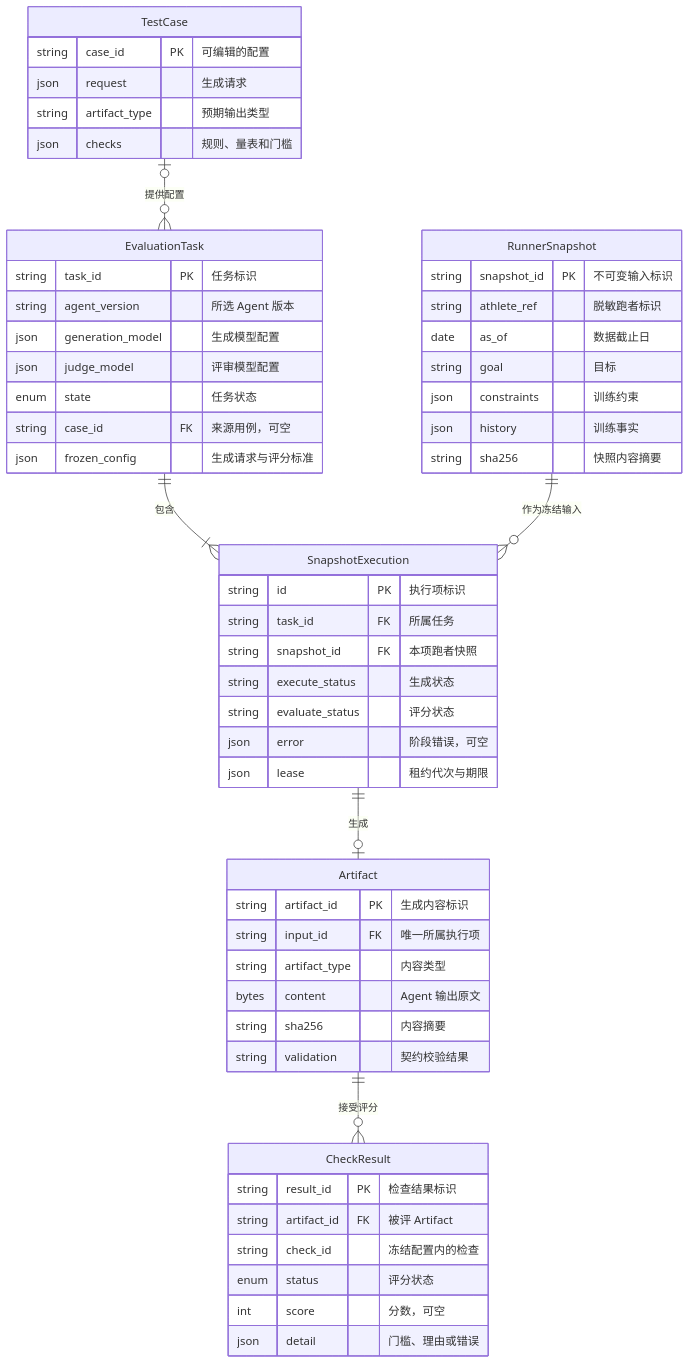
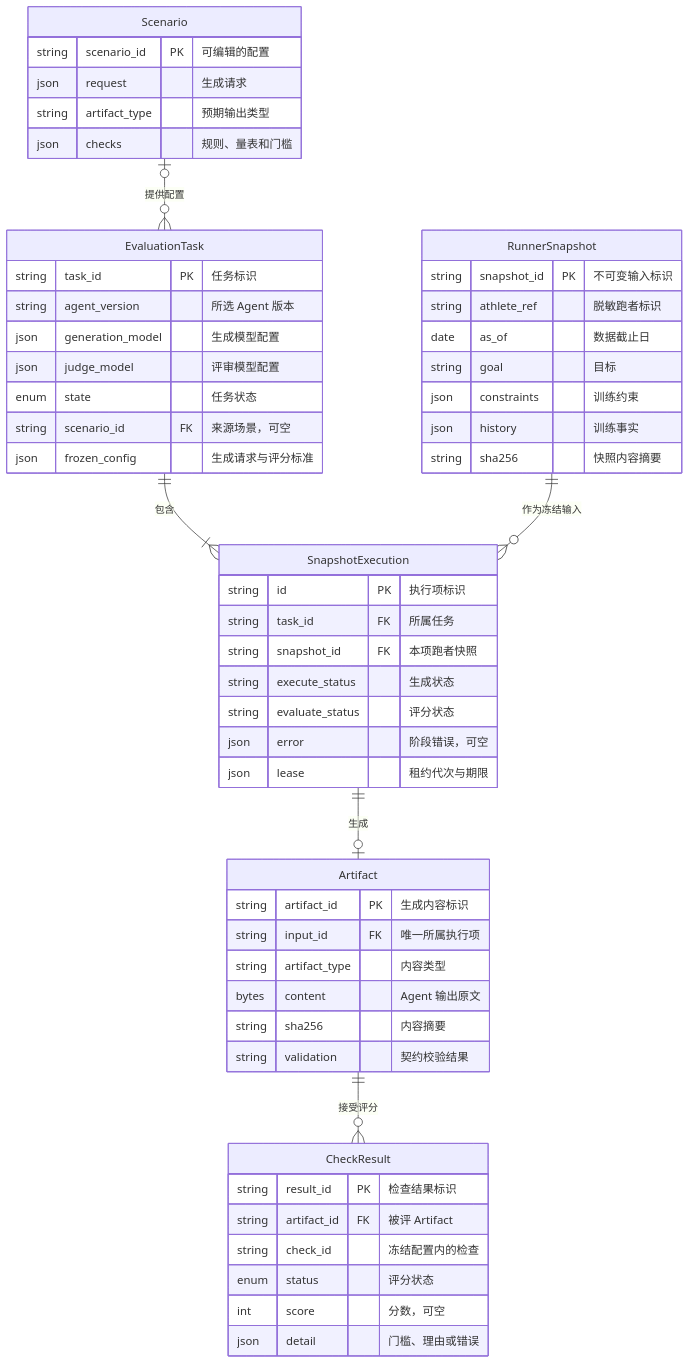
The second of 2 diagrams in docs/superpowers/specs/2026-11-23-offline-plan-eval.md (zhaochy1990/running), drawn with Mermaid before and after one commit. The commit also changed other lines of this file and 1 other file, not shown here.

Commit message:
docs: 将测评用例 TestCase 统一命名为 Scenario

````diff
--- a/docs/superpowers/specs/2026-11-23-offline-plan-eval.md
+++ b/docs/superpowers/specs/2026-11-23-offline-plan-eval.md
@@ -216,57 +216,57 @@
 ```mermaid
 erDiagram
-    TestCase {
-        string case_id PK "可编辑的配置"
+    Scenario {
+        string scenario_id PK "可编辑的配置"
         json request "生成请求"
         string artifact_type "预期输出类型"
         json checks "规则、量表和门槛"
     }
     RunnerSnapshot {
         string snapshot_id PK "不可变输入标识"
         string athlete_ref "脱敏跑者标识"
         date as_of "数据截止日"
         string goal "目标"
         json constraints "训练约束"
         json history "训练事实"
         string sha256 "快照内容摘要"
     }
     Artifact {
         string artifact_id PK "生成内容标识"
         string input_id FK "唯一所属执行项"
         string artifact_type "内容类型"
         bytes content "Agent 输出原文"
         string sha256 "内容摘要"
         string validation "契约校验结果"
     }
     SnapshotExecution {
         string id PK "执行项标识"
         string task_id FK "所属任务"
         string snapshot_id FK "本项跑者快照"
         string execute_status "生成状态"
         string evaluate_status "评分状态"
         json error "阶段错误，可空"
         json lease "租约代次与期限"
     }
     EvaluationTask {
         string task_id PK "任务标识"
         string agent_version "所选 Agent 版本"
         json generation_model "生成模型配置"
         json judge_model "评审模型配置"
         enum state "任务状态"
-        string case_id FK "来源用例，可空"
+        string scenario_id FK "来源场景，可空"
         json frozen_config "生成请求与评分标准"
     }
     CheckResult {
         string result_id PK "检查结果标识"
         string artifact_id FK "被评 Artifact"
         string check_id "冻结配置内的检查"
         enum status "评分状态"
         int score "分数，可空"
         json detail "门槛、理由或错误"
     }
     EvaluationTask ||--|{ SnapshotExecution : "包含"
     RunnerSnapshot ||--o{ SnapshotExecution : "作为冻结输入"
     SnapshotExecution ||--o| Artifact : "生成"
     Artifact ||--o{ CheckResult : "接受评分"
-    TestCase |o--o{ EvaluationTask : "提供配置"
+    Scenario |o--o{ EvaluationTask : "提供配置"
 ```
````
